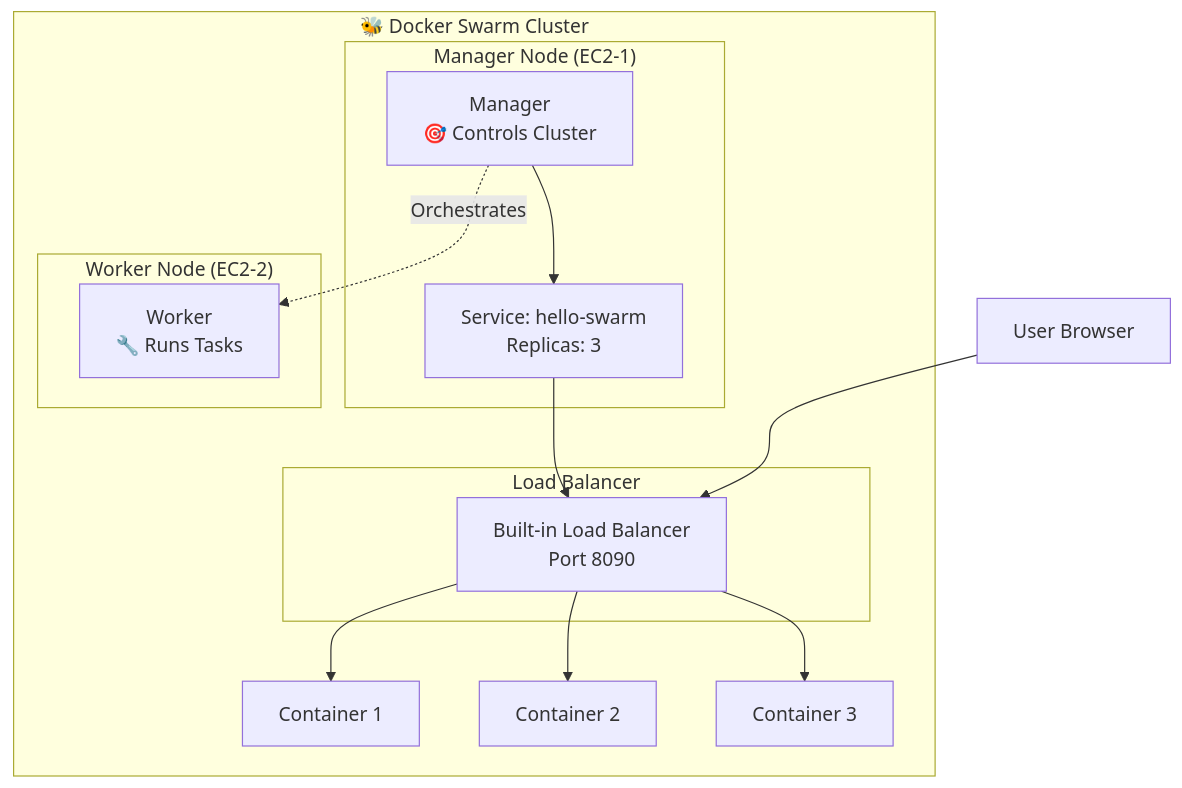
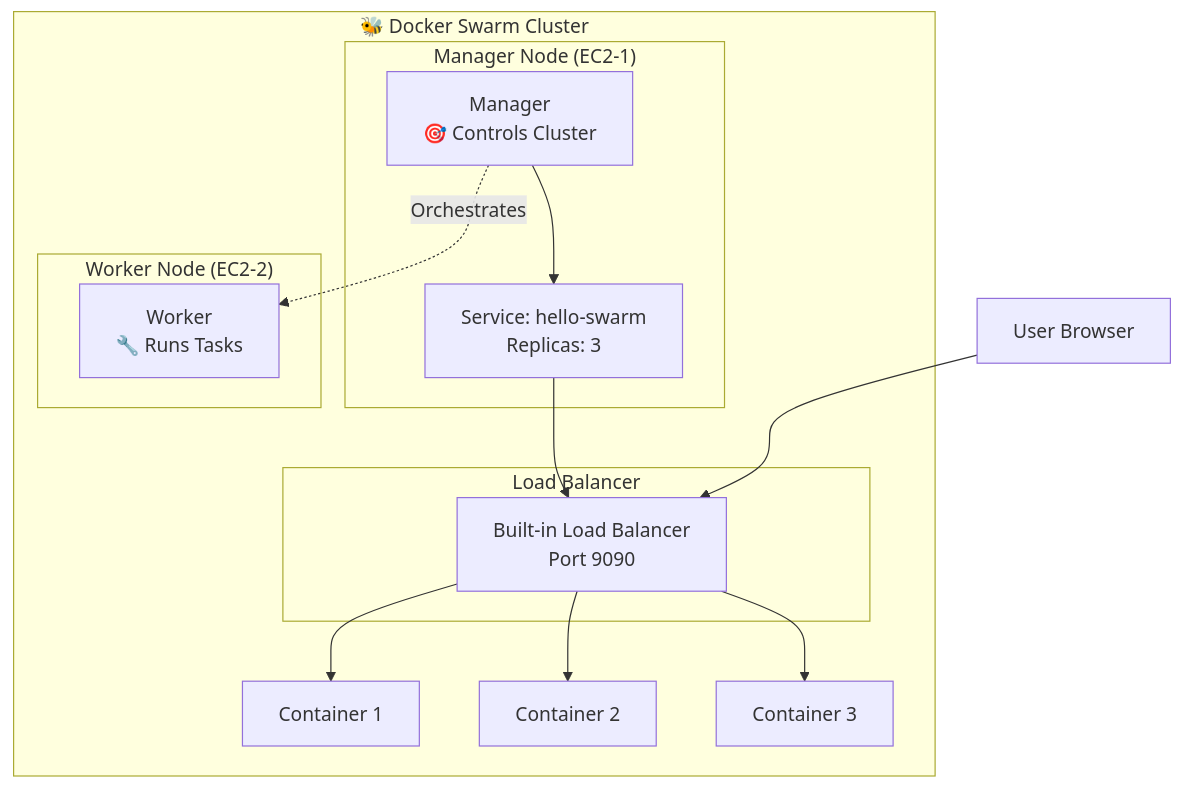
One commit to manikcloud/cloud-devops-learning-path changed the first of 2 diagrams in Section-2-DevOps/Session-6_Docker-Swarm/6.1_swarm_basics/README.md. Above: the diagram before and after it, drawn with Mermaid. The commit also changed other lines of this file and 1 other file, not shown here.

First line of the commit message:
Change Docker Swarm port from 8090 to 9090

````diff
--- a/Section-2-DevOps/Session-6_Docker-Swarm/6.1_swarm_basics/README.md
+++ b/Section-2-DevOps/Session-6_Docker-Swarm/6.1_swarm_basics/README.md
@@ -28,26 +28,26 @@
 ```mermaid
 graph TB
     subgraph "🐝 Docker Swarm Cluster"
         subgraph "Manager Node (EC2-1)"
             M1[Manager<br/>🎯 Controls Cluster]
             S1[Service: hello-swarm<br/>Replicas: 3]
         end
         
         subgraph "Worker Node (EC2-2)"
             W1[Worker<br/>🔧 Runs Tasks]
         end
         
         subgraph "Load Balancer"
-            LB[Built-in Load Balancer<br/>Port 8090]
+            LB[Built-in Load Balancer<br/>Port 9090]
         end
         
         M1 --> S1
         M1 -.->|Orchestrates| W1
         S1 --> LB
         LB --> C1[Container 1]
         LB --> C2[Container 2] 
         LB --> C3[Container 3]
     end
     
     U[User Browser] --> LB
 ```
````
